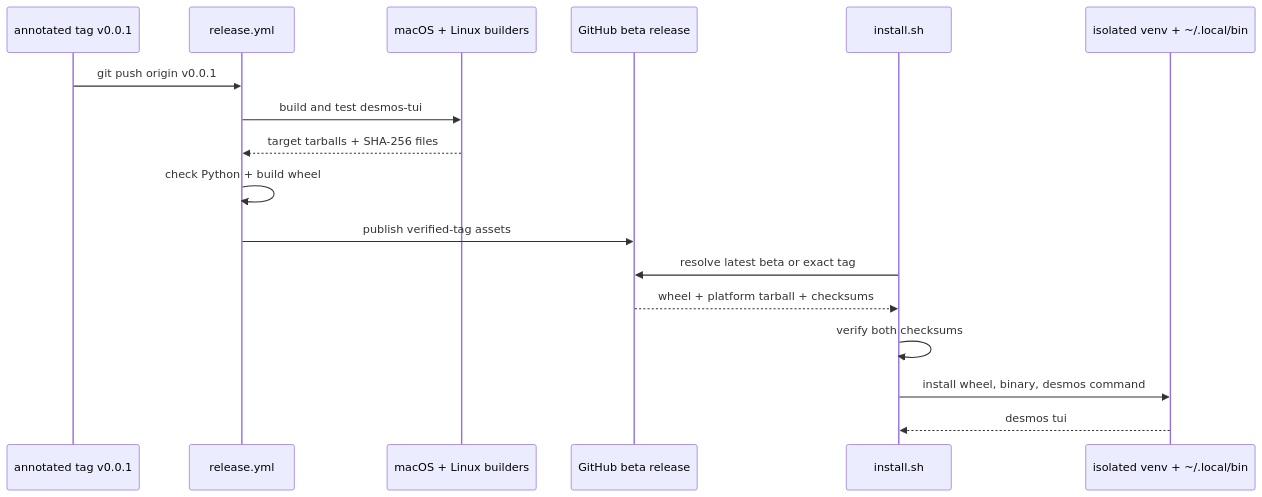
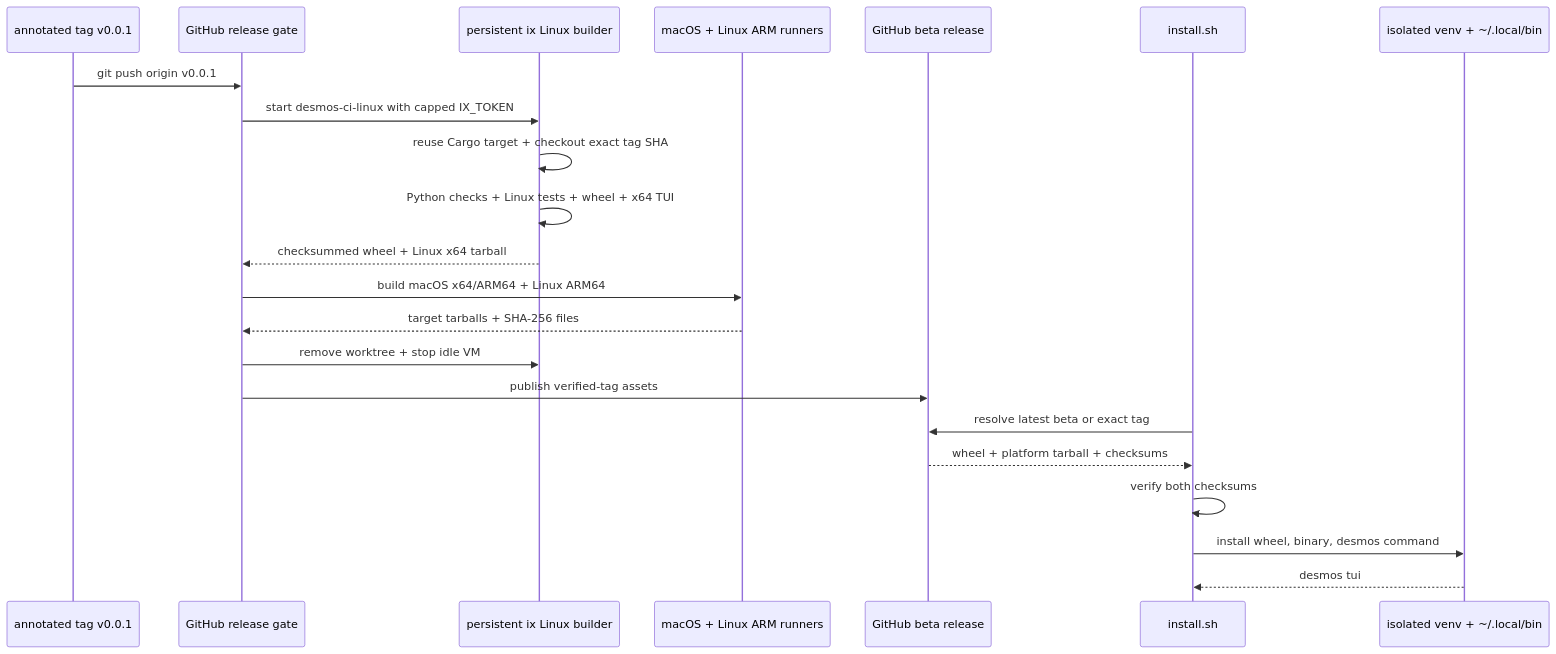
Before and after one commit to umgbhalla/desmos: the second of 4 diagrams in README.md, drawn with Mermaid. The commit also changed other lines of this file and 2 other files, not shown here.

Commit message:
feat: run Linux release CI on ix

````diff
--- a/README.md
+++ b/README.md
@@ -109,20 +109,25 @@
 ```mermaid
 sequenceDiagram
     participant Dev as annotated tag v0.0.1
-    participant GH as release.yml
-    participant Matrix as macOS + Linux builders
+    participant GH as GitHub release gate
+    participant IX as persistent ix Linux builder
+    participant Native as macOS + Linux ARM runners
     participant Release as GitHub beta release
     participant Install as install.sh
     participant Host as isolated venv + ~/.local/bin
 
     Dev->>GH: git push origin v0.0.1
-    GH->>Matrix: build and test desmos-tui
-    Matrix-->>GH: target tarballs + SHA-256 files
-    GH->>GH: check Python + build wheel
+    GH->>IX: start desmos-ci-linux with capped IX_TOKEN
+    IX->>IX: reuse Cargo target + checkout exact tag SHA
+    IX->>IX: Python checks + Linux tests + wheel + x64 TUI
+    IX-->>GH: checksummed wheel + Linux x64 tarball
+    GH->>Native: build macOS x64/ARM64 + Linux ARM64
+    Native-->>GH: target tarballs + SHA-256 files
+    GH->>IX: remove worktree + stop idle VM
     GH->>Release: publish verified-tag assets
     Install->>Release: resolve latest beta or exact tag
     Release-->>Install: wheel + platform tarball + checksums
     Install->>Install: verify both checksums
     Install->>Host: install wheel, binary, desmos command
     Host-->>Install: desmos tui
 ```
````
